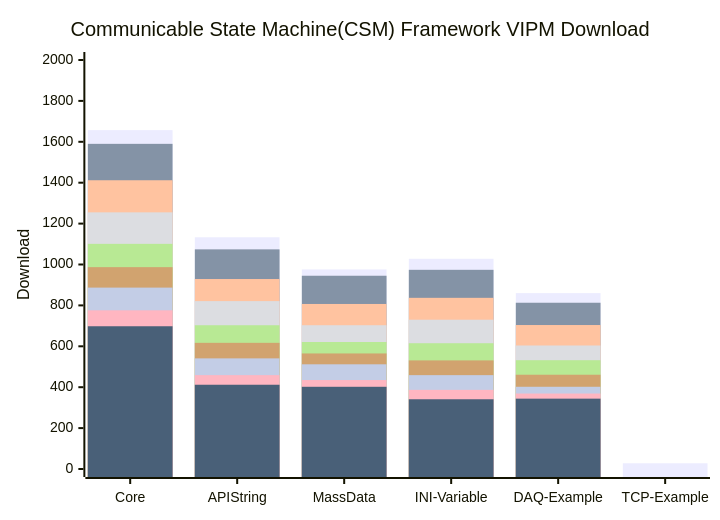
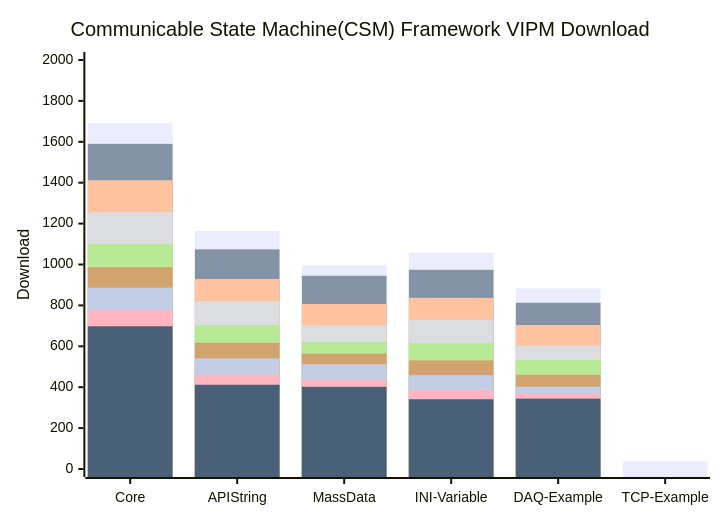
The diagram in profile/README.md (NEVSTOP-LAB/.github), drawn with Mermaid before and after one commit.

````diff
--- a/profile/README.md
+++ b/profile/README.md
@@ -31,15 +31,15 @@
 ```mermaid
     xychart-beta
     title "Communicable State Machine(CSM) Framework VIPM Download"
     x-axis [Core, API String, MassData, INI-Variable, DAQ-Example, TCP-Example]
     y-axis "Download" 0 --> 2000
-    bar   [1657, 1133, 976, 1028, 860, 28]
+    bar   [1691, 1164, 997, 1057, 883, 37]
     bar   [1590, 1074, 945, 974, 813]
     bar   [1412, 929, 807, 837, 704]
     bar   [1255, 821, 703, 730, 604]
     bar   [1101, 703, 621, 615, 532]
     bar   [987, 617, 565, 531, 461]
     bar   [887, 541, 512, 459, 402]
     bar   [776, 459, 435, 387, 369]
     bar   [698, 412, 402, 341, 344]
 ```
````
